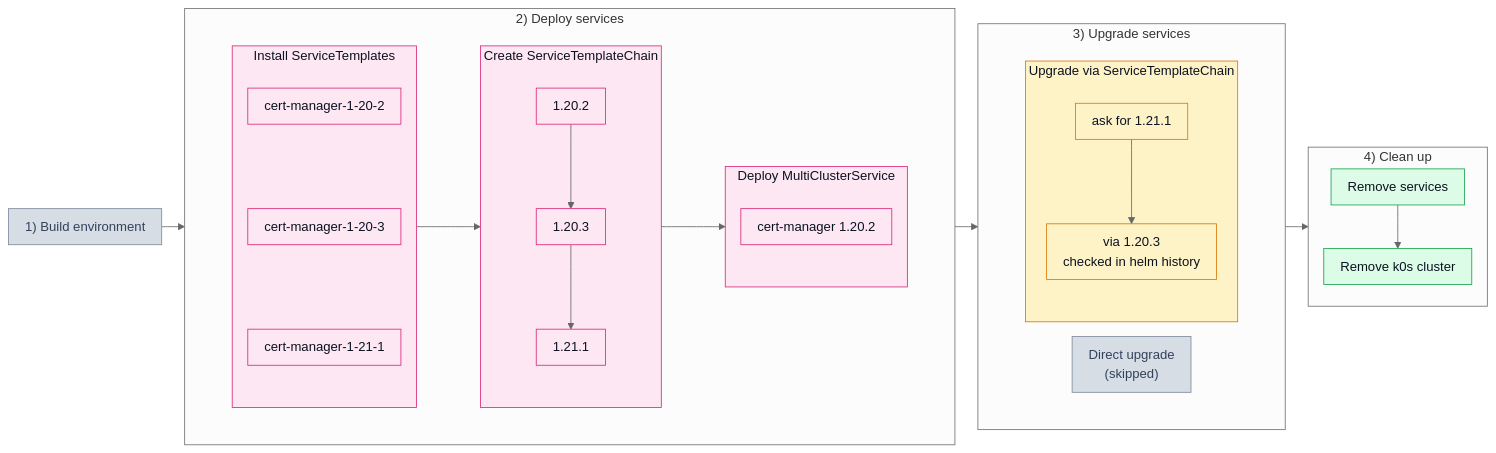
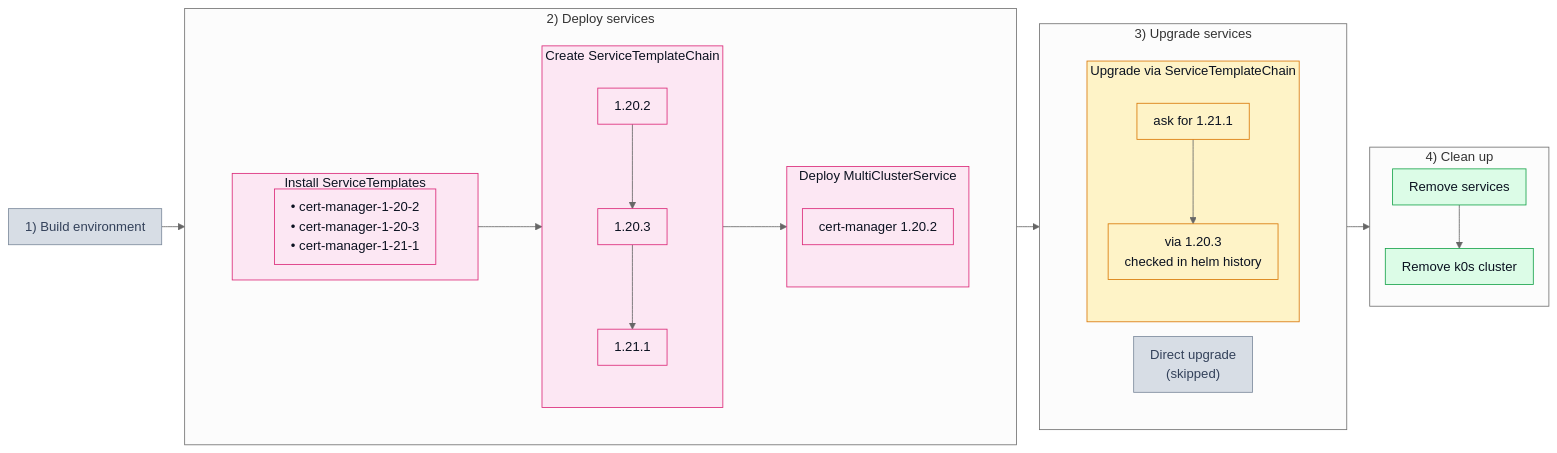
One commit to josef-hak/ksm-tests changed the diagram in test_scenarios/504_stepwise_chain.md. Above: the diagram before and after it, drawn with Mermaid (neutral theme).

Commit message:
docs: one box listing the ServiceTemplates

````diff
--- a/test_scenarios/504_stepwise_chain.md
+++ b/test_scenarios/504_stepwise_chain.md
@@ -16,57 +16,56 @@
 ```mermaid
 %%{init: {'flowchart': {'padding': 10, 'nodeSpacing': 18, 'rankSpacing': 28}}}%%
 flowchart LR
     P1["1) Build environment"]
 
     subgraph P2["2) Deploy services"]
         subgraph W2[" "]
             direction LR
             subgraph D1["Install ServiceTemplates"]
-                direction TB
-                T1["cert-manager-1-20-2"] ~~~ T2["cert-manager-1-20-3"] ~~~ T3["cert-manager-1-21-1"]
+                T1["• cert-manager-1-20-2<br/>• cert-manager-1-20-3<br/>• cert-manager-1-21-1"]
             end
 
             subgraph D3["Create ServiceTemplateChain"]
                 direction TB
                 H1["1.20.2"] --> H2["1.20.3"] --> H3["1.21.1"]
             end
 
             subgraph D2["Deploy MultiClusterService"]
                 direction TB
                 M1["cert-manager 1.20.2"]
             end
 
             D1 --> D3 --> D2
         end
     end
 
     subgraph P3["3) Upgrade services"]
         subgraph W3[" "]
             direction LR
             U1["Direct upgrade<br/>(skipped)"]
 
             subgraph U2["Upgrade via ServiceTemplateChain"]
                 direction TB
                 S1["ask for 1.21.1"] --> S2["via 1.20.3<br/>checked in helm history"]
             end
         end
     end
 
     subgraph P4["4) Clean up"]
         C1["Remove services"] --> C2["Remove k0s cluster"]
     end
 
     P1 --> P2 --> P3 --> P4
 
     classDef off fill:#d7dde5,stroke:#7c8a9c,color:#33415a
     classDef pink fill:#fce7f3,stroke:#db2777,color:#0b1220
     classDef amber fill:#fef3c7,stroke:#d97706,color:#0b1220
     classDef green fill:#dcfce7,stroke:#16a34a,color:#0b1220
     classDef bare fill:none,stroke:none
 
     class P1,U1 off
-    class D1,D2,D3,T1,T2,T3,H1,H2,H3,M1 pink
+    class D1,D2,D3,T1,H1,H2,H3,M1 pink
     class U2,S1,S2 amber
     class C1,C2 green
     class W2,W3 bare
 ```
````
